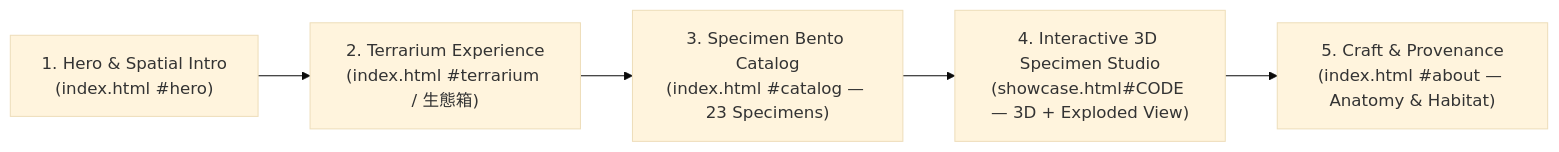
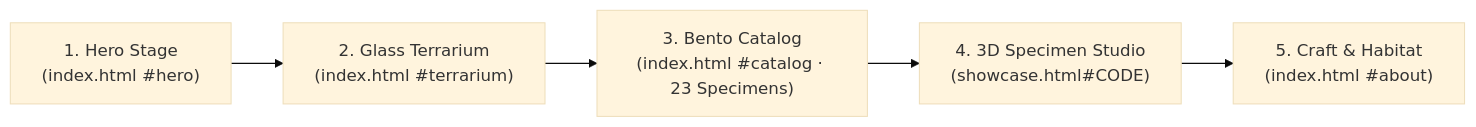
The diagram in SITE_ARCHITECTURE.md (kspsbarry-ctrl/skelio), drawn with Mermaid (base theme) before and after one commit. The commit also changed other lines of this file, not shown here.

Commit message:
Polish SITE_ARCHITECTURE.md structure, tables, and terrarium zoom specs

````diff
--- a/SITE_ARCHITECTURE.md
+++ b/SITE_ARCHITECTURE.md
@@ -12,7 +13,7 @@
 ```mermaid
 flowchart LR
-  A["1. Hero & Spatial Intro\n(index.html #hero)"] --> B["2. Terrarium Experience\n(index.html #terrarium / 生態箱)"]
-  B --> C["3. Specimen Bento Catalog\n(index.html #catalog — 23 Specimens)"]
-  C --> D["4. Interactive 3D Specimen Studio\n(showcase.html#CODE — 3D + Exploded View)"]
-  D --> E["5. Craft & Provenance\n(index.html #about — Anatomy & Habitat)"]
+  A["1. Hero Stage\n(index.html #hero)"] --> B["2. Glass Terrarium\n(index.html #terrarium)"]
+  B --> C["3. Bento Catalog\n(index.html #catalog · 23 Specimens)"]
+  C --> D["4. 3D Specimen Studio\n(showcase.html#CODE)"]
+  D --> E["5. Craft & Habitat\n(index.html #about)"]
 ```
````
